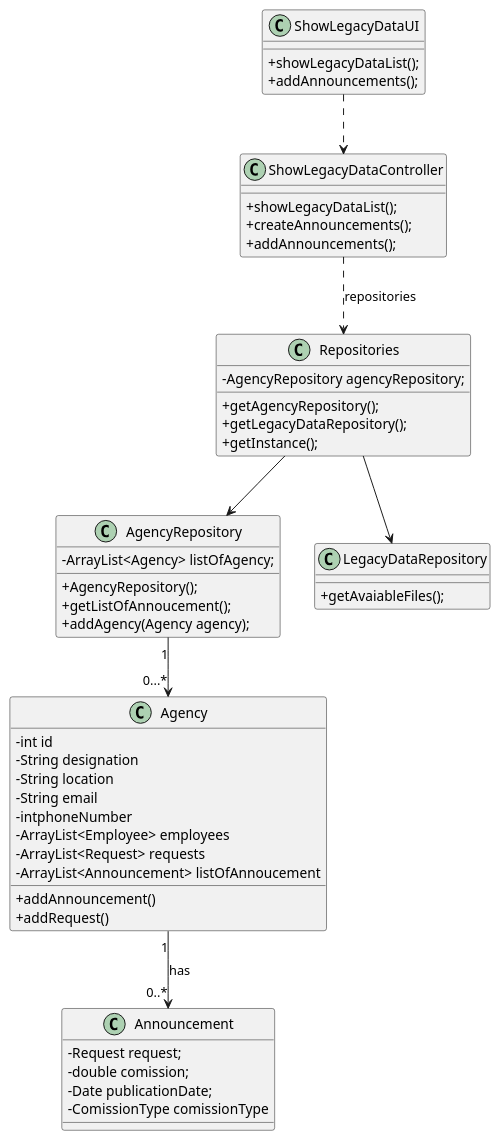
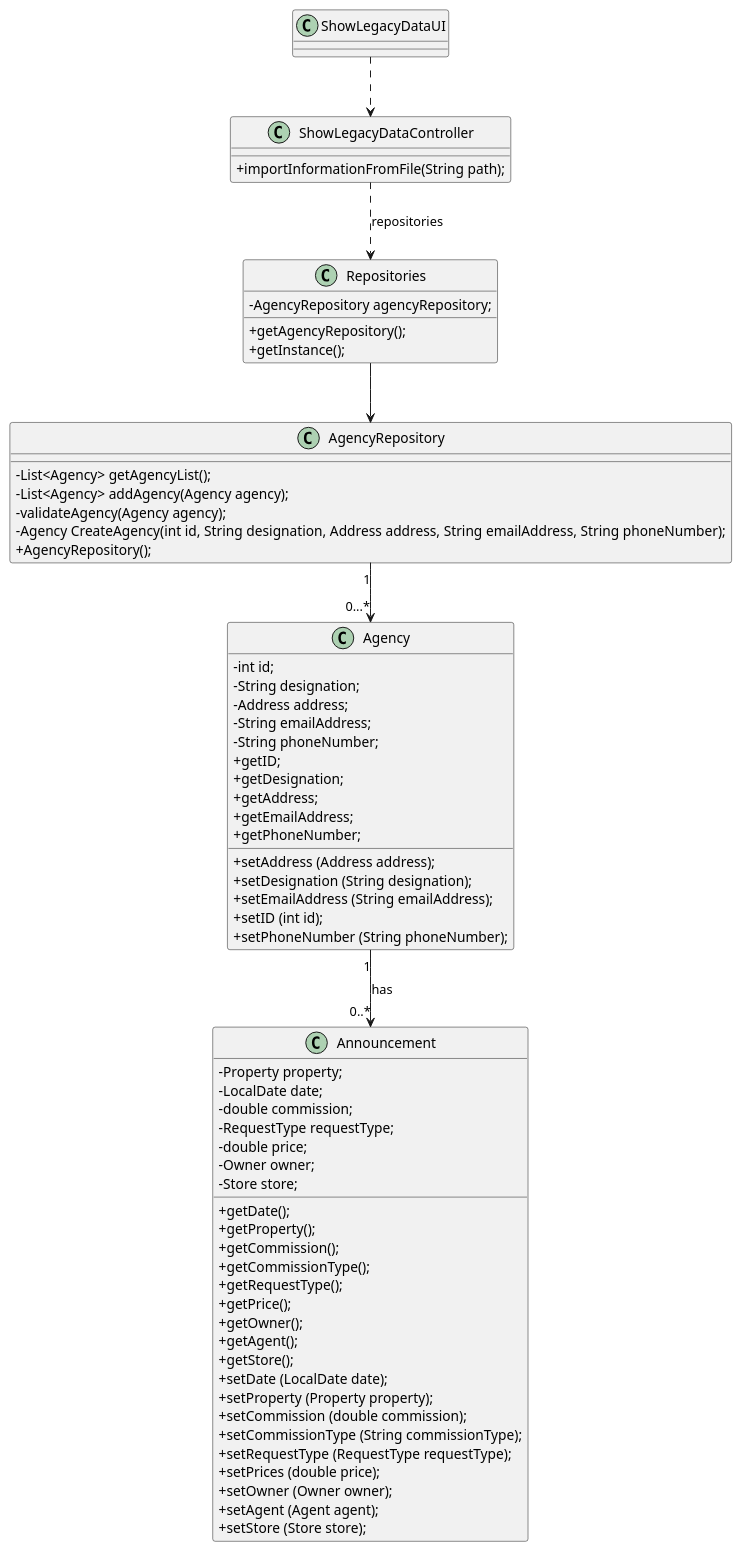
Before and after one commit to 1220812/LAPR2: the diagram in docs/sprintD/us012/03.design/puml/us012-class-diagram.puml, drawn with PlantUML. The commit also changed 10 other files, not shown here.

Commit message:
US012- Corrected mistakes in class diagram and domain model. US005- Fixed the domain model and system sequence diagram

```diff
--- a/docs/sprintD/us012/03.design/puml/us012-class-diagram.puml
+++ b/docs/sprintD/us012/03.design/puml/us012-class-diagram.puml
@@ -1,70 +1,87 @@
 @startuml
 'skinparam monochrome true
 skinparam packageStyle rectangle
 skinparam shadowing false
 skinparam linetype polyline
 'skinparam linetype orto
 
 skinparam classAttributeIconSize 0
 
 'left to right direction
 
 class ShowLegacyDataUI{
-+showLegacyDataList();
-+addAnnouncements();
 }
 
 class ShowLegacyDataController{
-+showLegacyDataList();
-+createAnnouncements();
-+addAnnouncements();
++importInformationFromFile(String path);
 }
 
 class AgencyRepository{
--ArrayList<Agency> listOfAgency;
+-List<Agency> getAgencyList();
+-List<Agency> addAgency(Agency agency);
+-validateAgency(Agency agency);
+-Agency CreateAgency(int id, String designation, Address address, String emailAddress, String phoneNumber);
 +AgencyRepository();
-+getListOfAnnoucement();
-+addAgency(Agency agency);
 }
 
 class Repositories{
 -AgencyRepository agencyRepository;
 +getAgencyRepository();
-+getLegacyDataRepository();
 +getInstance();
-}
-
-class LegacyDataRepository{
-+getAvaiableFiles();
 }
 
 
 class Announcement{
--Request request;
--double comission;
--Date publicationDate;
--ComissionType comissionType
+   -Property property;
+   -LocalDate date;
+   -double commission;
+   -RequestType requestType;
+   -double price;
+   -Owner owner;
+   -Store store;
+   +getDate();
+   +getProperty();
+   +getCommission();
+   +getCommissionType();
+   +getRequestType();
+   +getPrice();
+   +getOwner();
+   +getAgent();
+   +getStore();
+   +setDate (LocalDate date);
+   +setProperty (Property property);
+   +setCommission (double commission);
+   +setCommissionType (String commissionType);
+   +setRequestType (RequestType requestType);
+   +setPrices (double price);
+   +setOwner (Owner owner);
+   +setAgent (Agent agent);
+   +setStore (Store store);
 }
 
 class Agency{
-   -int id
-   -String designation
-    -String location
-    -String email
-    -intphoneNumber
-    -ArrayList<Employee> employees
-    -ArrayList<Request> requests
-    -ArrayList<Announcement> listOfAnnoucement
-    +addAnnouncement()
-    +addRequest()
+   -int id;
+   -String designation;
+   -Address address;
+   -String emailAddress;
+   -String phoneNumber;
+    +getID;
+    +getDesignation;
+    +getAddress;
+    +getEmailAddress;
+    +getPhoneNumber;
+    +setAddress (Address address);
+    +setDesignation (String designation);
+    +setEmailAddress (String emailAddress);
+    +setID (int id);
+    +setPhoneNumber (String phoneNumber);
 }
 
 ShowLegacyDataUI ..> ShowLegacyDataController
 ShowLegacyDataController ..> Repositories : repositories
 Repositories --> AgencyRepository
-Repositories --> LegacyDataRepository
 AgencyRepository "1" --> "0...*" Agency
 Agency "1" --> "0..*" Announcement : has
 
 
 @enduml
```
